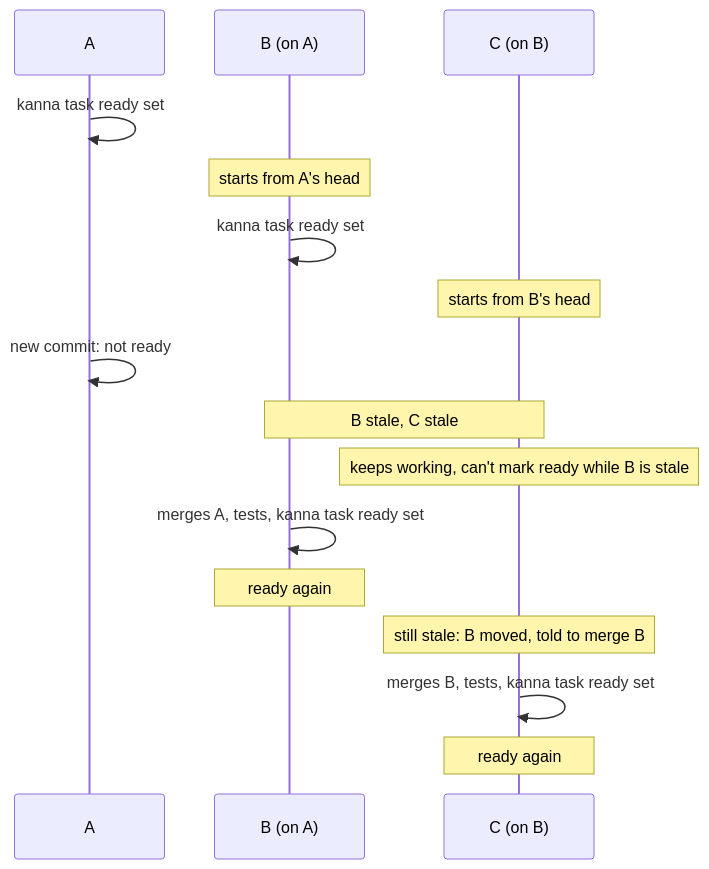
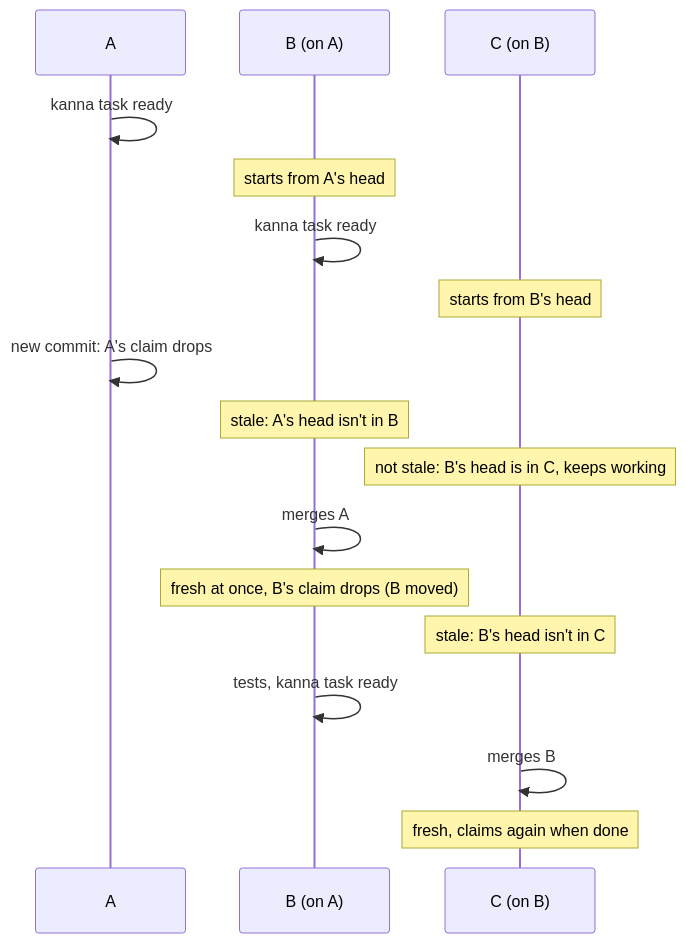
The second of 3 diagrams in docs/specs/stacked-tasks.md (tampopogk/kanna), drawn with Mermaid before and after one commit. The commit also changed other lines of this file and 17 other files, not shown here.

````diff
--- a/docs/specs/stacked-tasks.md
+++ b/docs/specs/stacked-tasks.md
@@ -54,18 +70,19 @@
 ```mermaid
 sequenceDiagram
     participant A
     participant B as B (on A)
     participant C as C (on B)
-    A->>A: kanna task ready set
+    A->>A: kanna task ready
     Note over B: starts from A's head
-    B->>B: kanna task ready set
+    B->>B: kanna task ready
     Note over C: starts from B's head
-    A->>A: new commit: not ready
-    Note over B,C: B stale, C stale
-    Note over C: keeps working, can't mark ready while B is stale
-    B->>B: merges A, tests, kanna task ready set
-    Note over B: ready again
-    Note over C: still stale: B moved, told to merge B
-    C->>C: merges B, tests, kanna task ready set
-    Note over C: ready again
+    A->>A: new commit: A's claim drops
+    Note over B: stale: A's head isn't in B
+    Note over C: not stale: B's head is in C, keeps working
+    B->>B: merges A
+    Note over B: fresh at once, B's claim drops (B moved)
+    Note over C: stale: B's head isn't in C
+    B->>B: tests, kanna task ready
+    C->>C: merges B
+    Note over C: fresh, claims again when done
 ```
````
